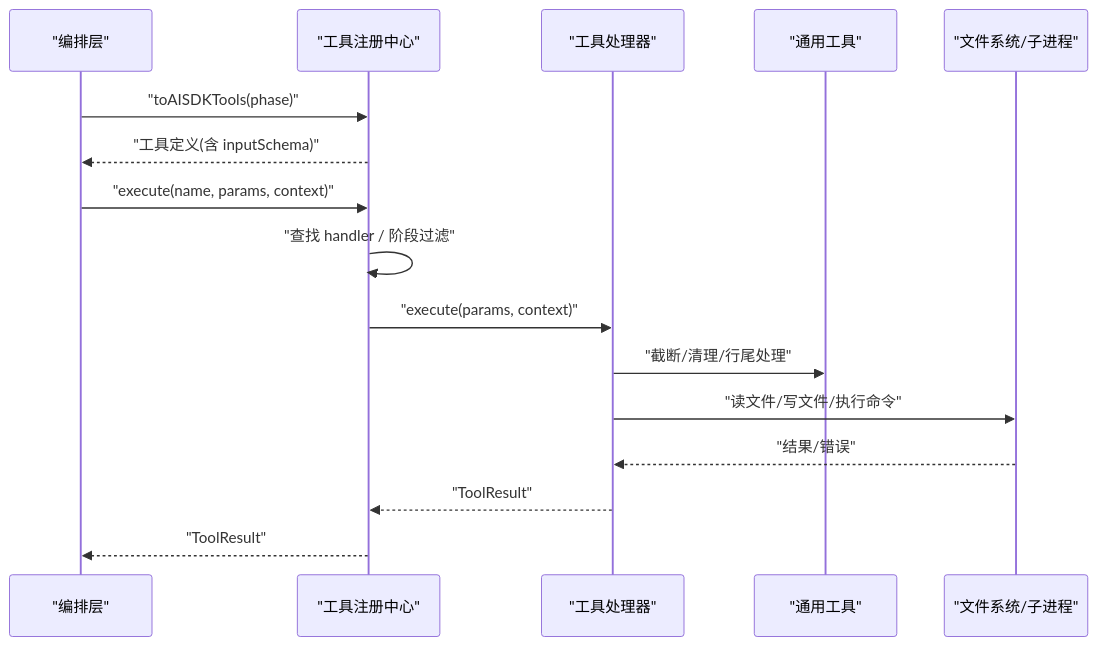
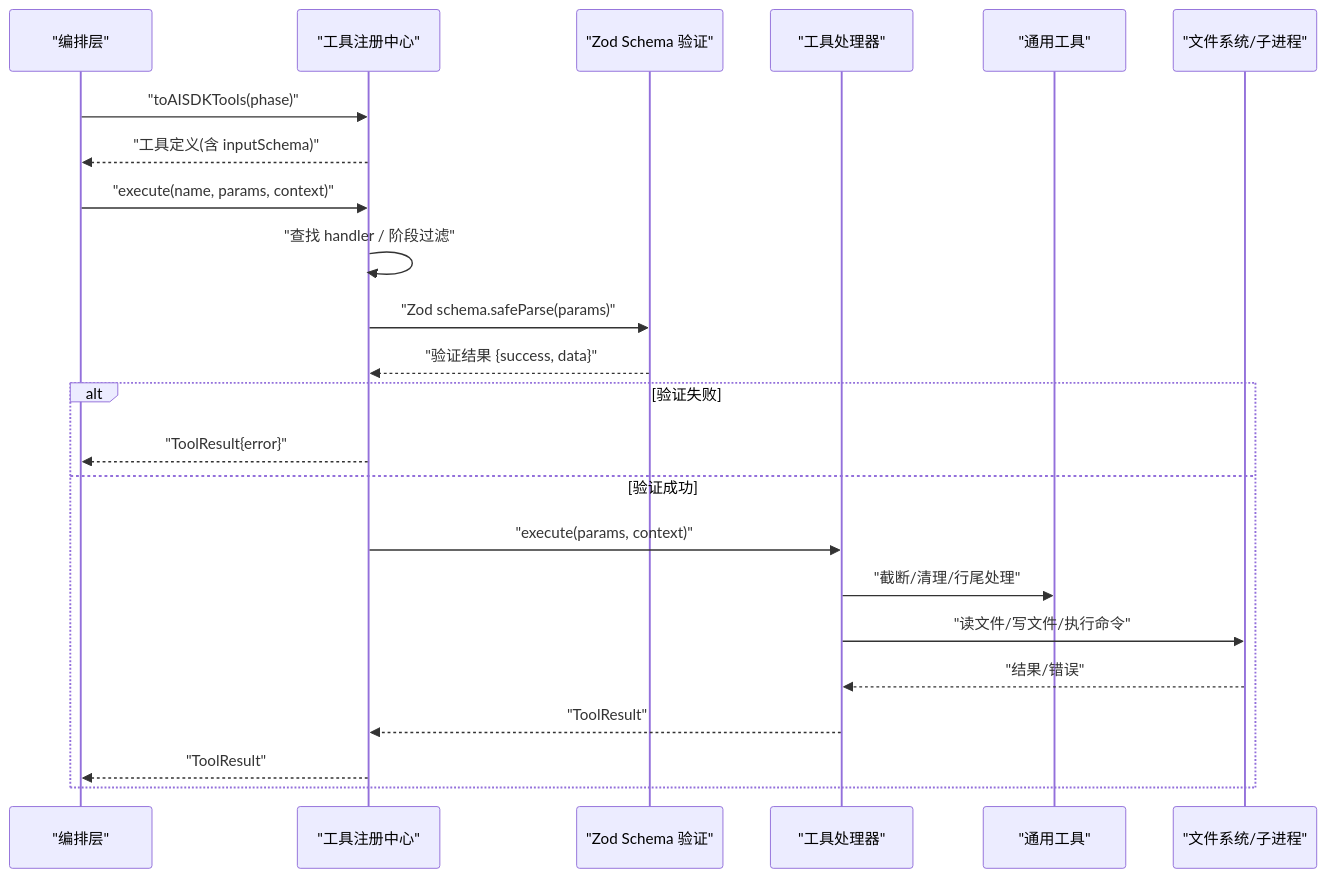
Before and after one commit to matter000/Nexus: the second of 9 diagrams in .qoder/repowiki/zh/content/架构设计/工具系统架构/工具模式验证.md, drawn with Mermaid. The commit also changed other lines of this file and 64 other files, not shown here.

````diff
--- a/.qoder/repowiki/zh/content/架构设计/工具系统架构/工具模式验证.md
+++ b/.qoder/repowiki/zh/content/架构设计/工具系统架构/工具模式验证.md
@@ -98,18 +115,25 @@
 ```mermaid
 sequenceDiagram
 participant Orchestrator as "编排层"
 participant Registry as "工具注册中心"
+participant Schema as "Zod Schema 验证"
 participant Handler as "工具处理器"
 participant Utils as "通用工具"
 participant FS as "文件系统/子进程"
 Orchestrator->>Registry : "toAISDKTools(phase)"
 Registry-->>Orchestrator : "工具定义(含 inputSchema)"
 Orchestrator->>Registry : "execute(name, params, context)"
 Registry->>Registry : "查找 handler / 阶段过滤"
+Registry->>Schema : "Zod schema.safeParse(params)"
+Schema-->>Registry : "验证结果 {success, data}"
+alt 验证失败
+Registry-->>Orchestrator : "ToolResult{error}"
+else 验证成功
 Registry->>Handler : "execute(params, context)"
 Handler->>Utils : "截断/清理/行尾处理"
 Handler->>FS : "读文件/写文件/执行命令"
 FS-->>Handler : "结果/错误"
 Handler-->>Registry : "ToolResult"
 Registry-->>Orchestrator : "ToolResult"
+end
 ```
````
